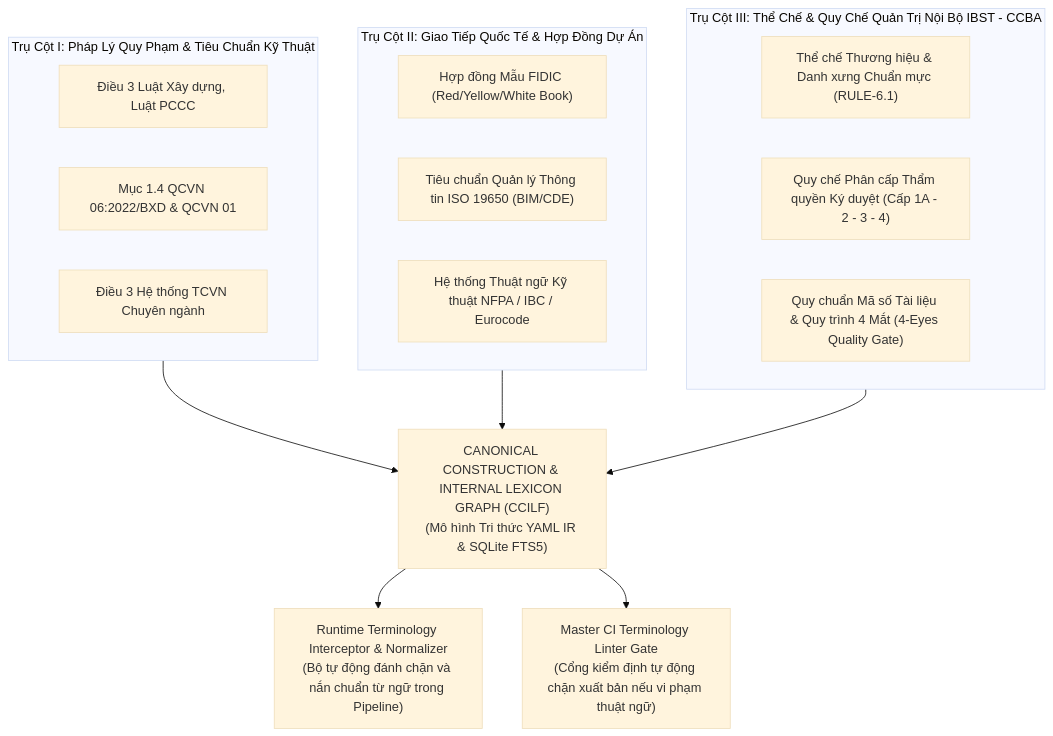
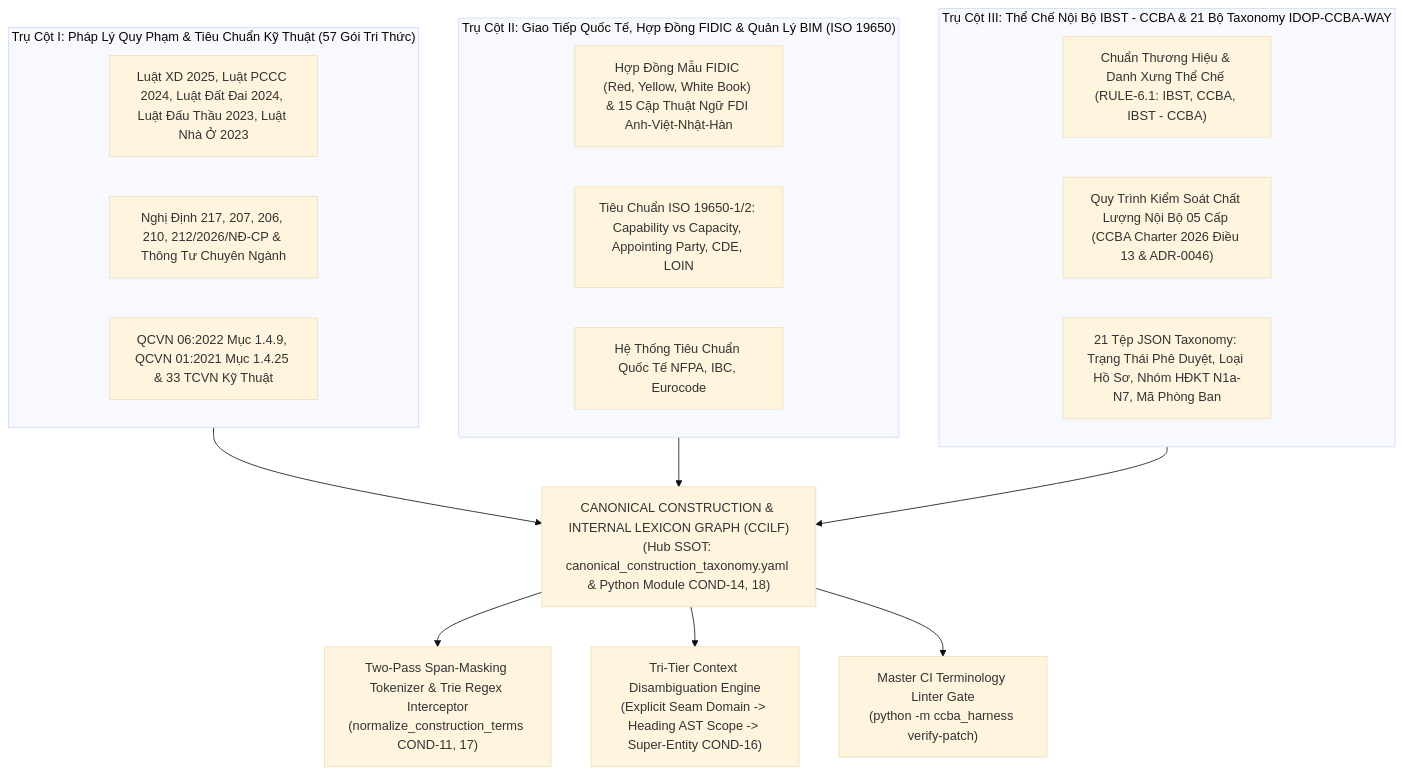
One commit to vvChu/ccba-agent-platform changed the diagram in .agents/proposals/2026-10-23_canonical_construction_and_internal_lexicon_governance.md. Above: the diagram before and after it, drawn with Mermaid (base theme). The commit also changed other lines of this file and 2 other files, not shown here.

Commit message:
docs(rfc): integrate 57-package legal audit, 21 IDOP taxonomies, and Grok COND-15..COND-18 into RFC #561

````diff
--- a/.agents/proposals/2026-10-23_canonical_construction_and_internal_lexicon_governance.md
+++ b/.agents/proposals/2026-10-23_canonical_construction_and_internal_lexicon_governance.md
@@ -60,24 +69,25 @@
 ```mermaid
 flowchart TD
-    subgraph P1["Trụ Cột I: Pháp Lý Quy Phạm & Tiêu Chuẩn Kỹ Thuật"]
-        A1["Điều 3 Luật Xây dựng, Luật PCCC"]
-        A2["Mục 1.4 QCVN 06:2022/BXD & QCVN 01"]
-        A3["Điều 3 Hệ thống TCVN Chuyên ngành"]
+    subgraph P1["Trụ Cột I: Pháp Lý Quy Phạm & Tiêu Chuẩn Kỹ Thuật (57 Gói Tri Thức)"]
+        A1["Luật XD 2025, Luật PCCC 2024, Luật Đất Đai 2024, Luật Đấu Thầu 2023, Luật Nhà Ở 2023"]
+        A2["Nghị Định 217, 207, 206, 210, 212/2026/NĐ-CP & Thông Tư Chuyên Ngành"]
+        A3["QCVN 06:2022 Mục 1.4.9, QCVN 01:2021 Mục 1.4.25 & 33 TCVN Kỹ Thuật"]
     end
 
-    subgraph P2["Trụ Cột II: Giao Tiếp Quốc Tế & Hợp Đồng Dự Án"]
-        B1["Hợp đồng Mẫu FIDIC (Red/Yellow/White Book)"]
-        B2["Tiêu chuẩn Quản lý Thông tin ISO 19650 (BIM/CDE)"]
-        B3["Hệ thống Thuật ngữ Kỹ thuật NFPA / IBC / Eurocode"]
+    subgraph P2["Trụ Cột II: Giao Tiếp Quốc Tế, Hợp Đồng FIDIC & Quản Lý BIM (ISO 19650)"]
+        B1["Hợp Đồng Mẫu FIDIC (Red, Yellow, White Book) & 15 Cặp Thuật Ngữ FDI Anh-Việt-Nhật-Hàn"]
+        B2["Tiêu Chuẩn ISO 19650-1/2: Capability vs Capacity, Appointing Party, CDE, LOIN"]
+        B3["Hệ Thống Tiêu Chuẩn Quốc Tế NFPA, IBC, Eurocode"]
     end
 
-    subgraph P3["Trụ Cột III: Thể Chế & Quy Chế Quản Trị Nội Bộ IBST - CCBA"]
-        C1["Thể chế Thương hiệu & Danh xưng Chuẩn mực (RULE-6.1)"]
-        C2["Quy chế Phân cấp Thẩm quyền Ký duyệt (Cấp 1A - 2 - 3 - 4)"]
-        C3["Quy chuẩn Mã số Tài liệu & Quy trình 4 Mắt (4-Eyes Quality Gate)"]
+    subgraph P3["Trụ Cột III: Thể Chế Nội Bộ IBST - CCBA & 21 Bộ Taxonomy IDOP-CCBA-WAY"]
+        C1["Chuẩn Thương Hiệu & Danh Xưng Thể Chế (RULE-6.1: IBST, CCBA, IBST - CCBA)"]
+        C2["Quy Trình Kiểm Soát Chất Lượng Nội Bộ 05 Cấp (CCBA Charter 2026 Điều 13 & ADR-0046)"]
+        C3["21 Tệp JSON Taxonomy: Trạng Thái Phê Duyệt, Loại Hồ Sơ, Nhóm HĐKT N1a-N7, Mã Phòng Ban"]
     end
 
-    P1 & P2 & P3 --> D["CANONICAL CONSTRUCTION & INTERNAL LEXICON GRAPH (CCILF)\n(Mô hình Tri thức YAML IR & SQLite FTS5)"]
-    D --> E["Runtime Terminology Interceptor & Normalizer\n(Bộ tự động đánh chặn và nắn chuẩn từ ngữ trong Pipeline)"]
-    D --> F["Master CI Terminology Linter Gate\n(Cổng kiểm định tự động chặn xuất bản nếu vi phạm thuật ngữ)"]
+    P1 & P2 & P3 --> D["CANONICAL CONSTRUCTION & INTERNAL LEXICON GRAPH (CCILF)\n(Hub SSOT: canonical_construction_taxonomy.yaml & Python Module COND-14, 18)"]
+    D --> E["Two-Pass Span-Masking Tokenizer & Trie Regex Interceptor\n(normalize_construction_terms COND-11, 17)"]
+    D --> F["Tri-Tier Context Disambiguation Engine\n(Explicit Seam Domain -> Heading AST Scope -> Super-Entity COND-16)"]
+    D --> G["Master CI Terminology Linter Gate\n(python -m ccba_harness verify-patch)"]
 ```
````
